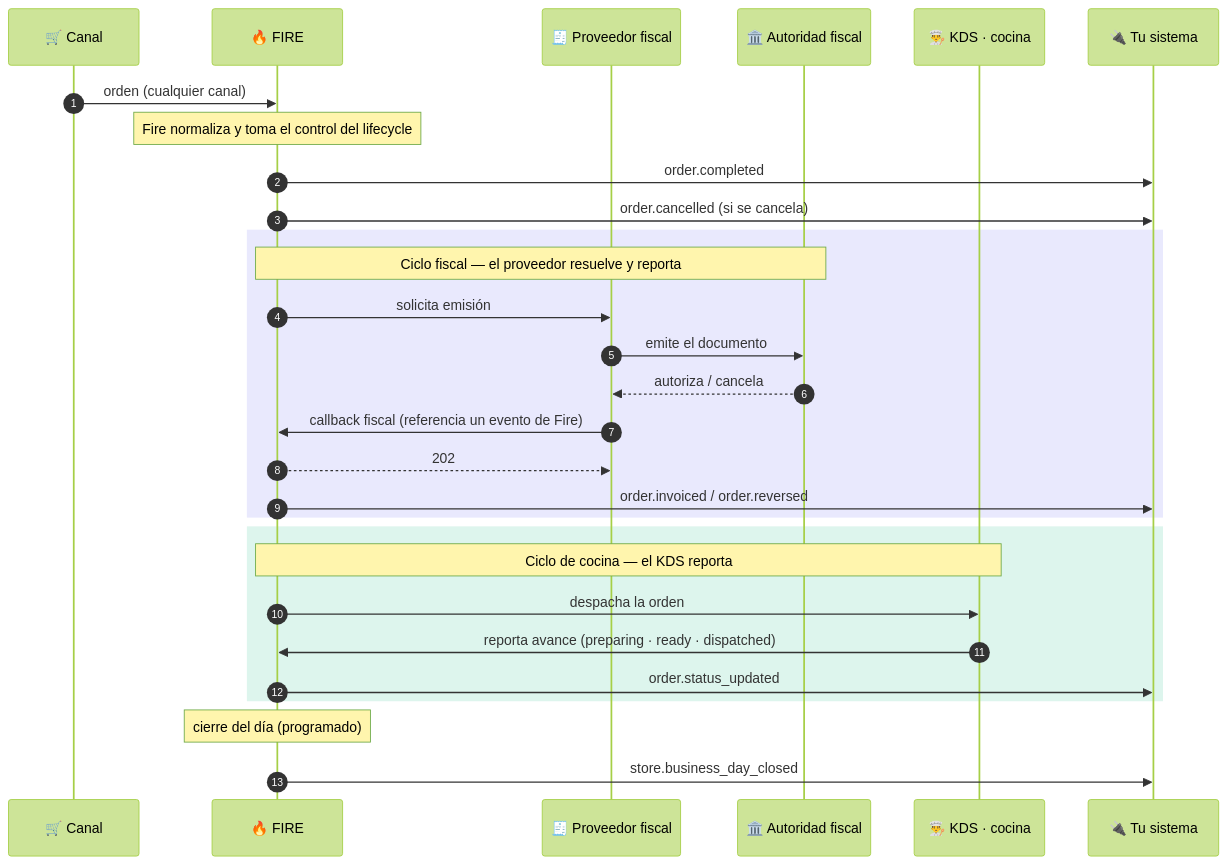
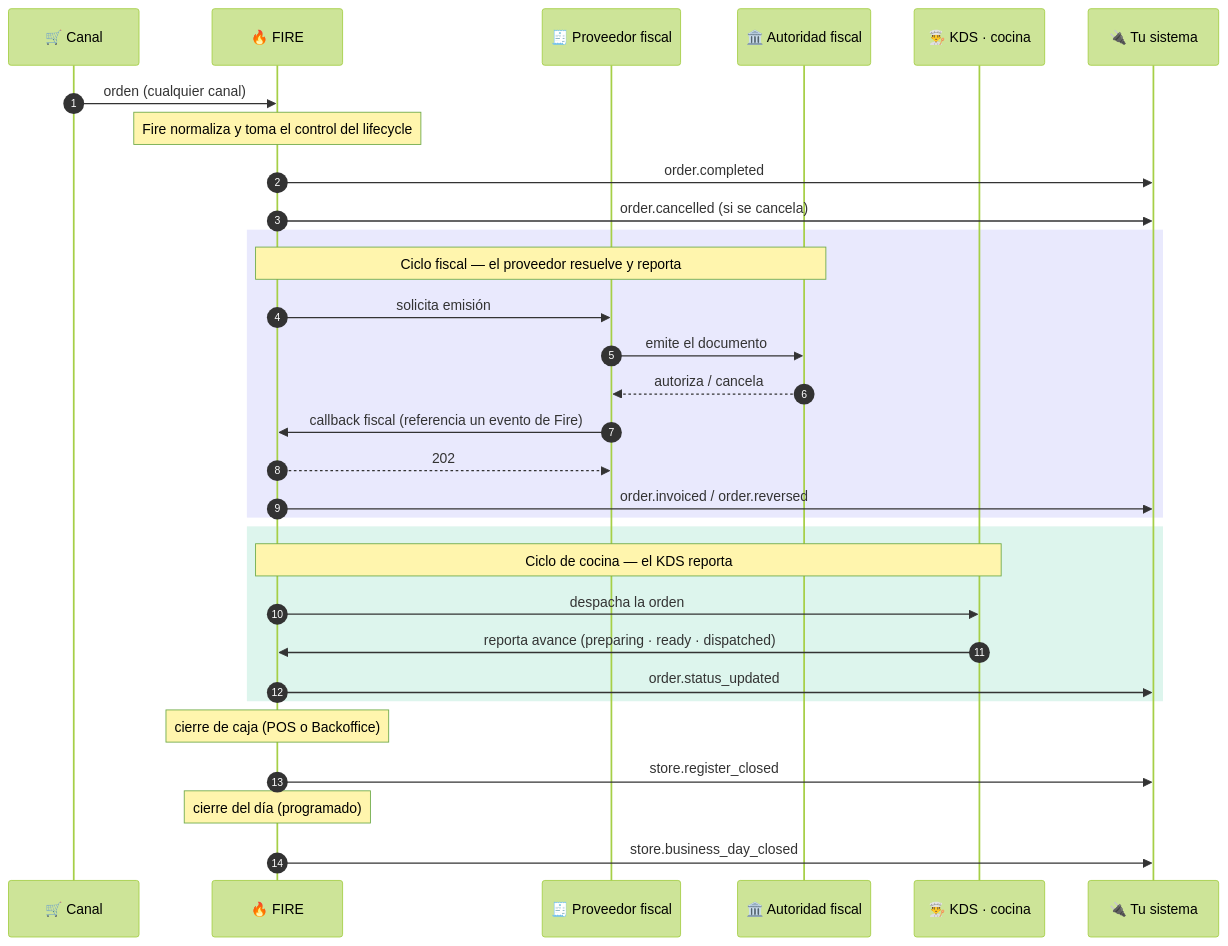
One commit to fire-rest/documentation changed the first of 3 diagrams in es/events/overview.mdx. Above: the diagram before and after it, drawn with Mermaid (forest theme). The commit also changed other lines of this file and 15 other files, not shown here.

First line of the commit message:
docs(caja): evento store.register_closed y vuelto fuera de caja en el cierre de día y la conciliación v2 (ES/EN/PT)

````diff
--- a/es/events/overview.mdx
+++ b/es/events/overview.mdx
@@ -24,35 +24,38 @@
 ```mermaid
 sequenceDiagram
     autonumber
     participant CH as 🛒 Canal
     participant F as 🔥 FIRE
     participant FP as 🧾 Proveedor fiscal
     participant AU as 🏛️ Autoridad fiscal
     participant K as 👨‍🍳 KDS · cocina
     participant Y as 🔌 Tu sistema
 
     CH->>F: orden (cualquier canal)
     Note over F: Fire normaliza y toma el control del lifecycle
     F->>Y: order.completed
     F->>Y: order.cancelled (si se cancela)
 
     rect rgba(99, 102, 241, 0.14)
     Note over F,AU: Ciclo fiscal — el proveedor resuelve y reporta
     F->>FP: solicita emisión
     FP->>AU: emite el documento
     AU-->>FP: autoriza / cancela
     FP->>F: callback fiscal (referencia un evento de Fire)
     F-->>FP: 202
     F->>Y: order.invoiced / order.reversed
     end
 
     rect rgba(16, 185, 129, 0.14)
     Note over F,K: Ciclo de cocina — el KDS reporta
     F->>K: despacha la orden
     K->>F: reporta avance (preparing · ready · dispatched)
     F->>Y: order.status_updated
     end
 
+    Note over F: cierre de caja (POS o Backoffice)
+    F->>Y: store.register_closed
+
     Note over F: cierre del día (programado)
     F->>Y: store.business_day_closed
 ```
````
